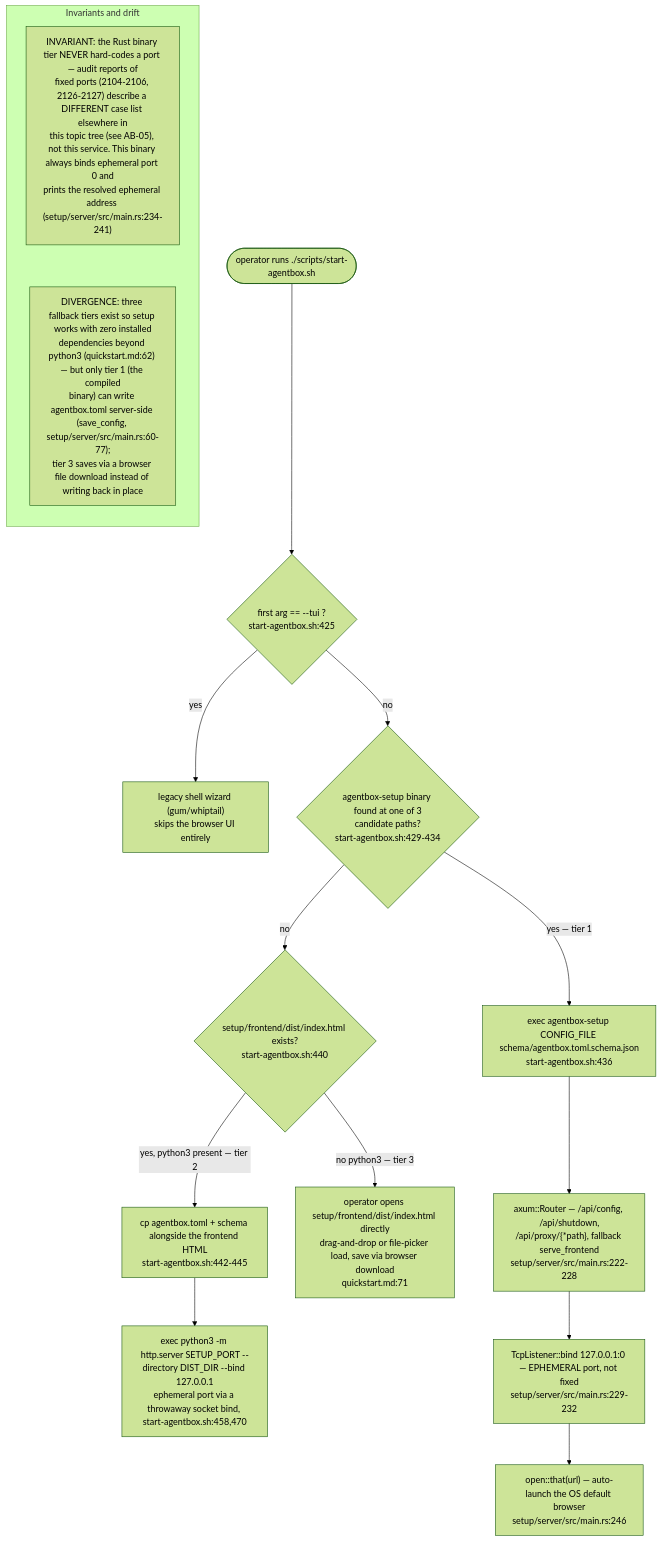
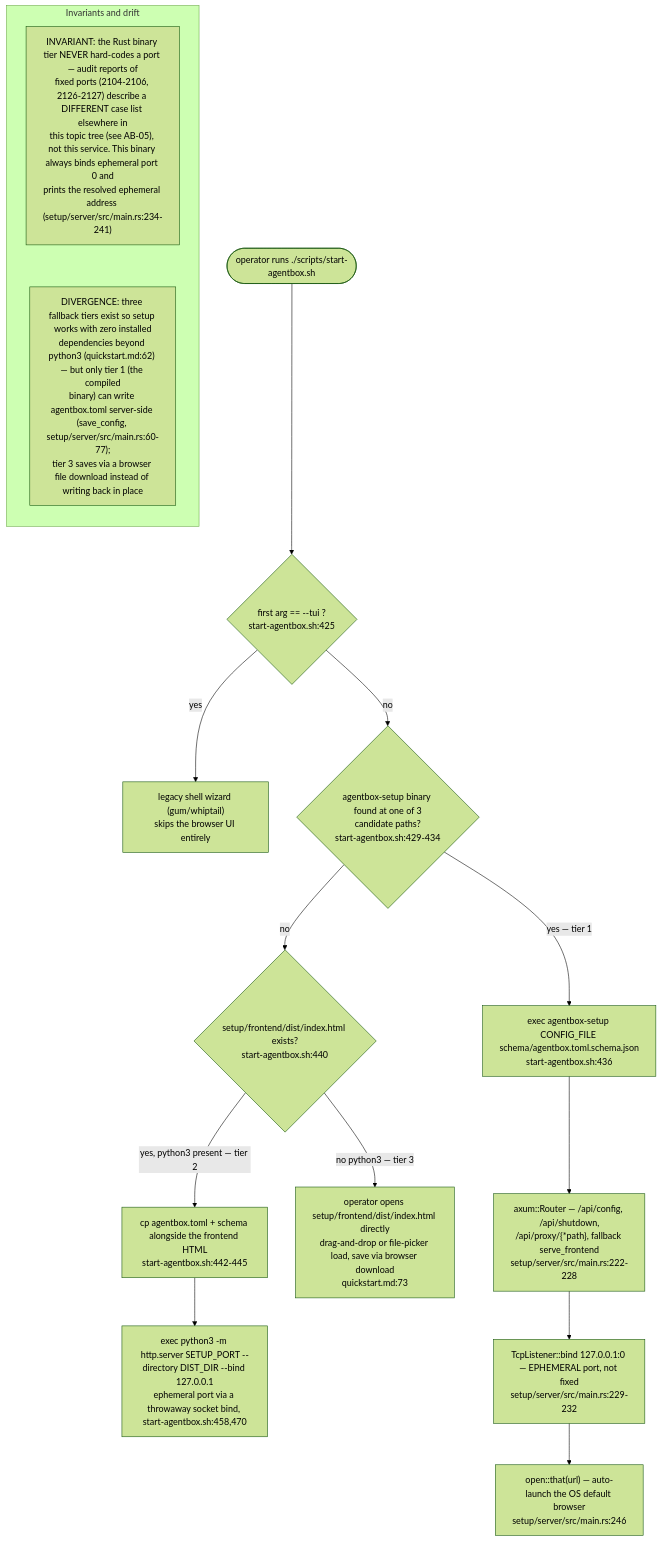
Before and after one commit to DreamLab-AI/VisionFlow: the first of 3 diagrams in docs/diagrams/agentbox/30-supporting-services-secret-backup-setup-https-bridge.md, drawn with Mermaid (forest theme). The commit also changed other lines of this file and 136 other files, not shown here.

First line of the commit message:
docs(diagrams): refresh the whole corpus to code HEAD and prune low-value diagrams

````diff
--- a/docs/diagrams/agentbox/30-supporting-services-secret-backup-setup-https-bridge.md
+++ b/docs/diagrams/agentbox/30-supporting-services-secret-backup-setup-https-bridge.md
@@ -53,20 +26,20 @@
 ```mermaid
 flowchart TD
     START(["operator runs ./scripts/start-agentbox.sh"]) --> TUI{"first arg == --tui ?<br/>start-agentbox.sh:425"}
     TUI -->|yes| LEGACY["legacy shell wizard #40;gum/whiptail#41;<br/>skips the browser UI entirely"]
     TUI -->|no| BINCHECK{"agentbox-setup binary found at one of 3<br/>candidate paths?<br/>start-agentbox.sh:429-434"}
     BINCHECK -->|"yes — tier 1"| EXECBIN["exec agentbox-setup CONFIG_FILE schema/agentbox.toml.schema.json<br/>start-agentbox.sh:436"]
     BINCHECK -->|no| FRONTENDCHECK{"setup/frontend/dist/index.html exists?<br/>start-agentbox.sh:440"}
     FRONTENDCHECK -->|"yes, python3 present — tier 2"| COPYFILES["cp agentbox.toml + schema alongside the frontend HTML<br/>start-agentbox.sh:442-445"]
     COPYFILES --> PYSERVE["exec python3 -m http.server SETUP_PORT --directory DIST_DIR --bind 127.0.0.1<br/>ephemeral port via a throwaway socket bind, start-agentbox.sh:458,470"]
-    FRONTENDCHECK -->|"no python3 — tier 3"| MANUAL["operator opens setup/frontend/dist/index.html directly<br/>drag-and-drop or file-picker load, save via browser download<br/>quickstart.md:71"]
+    FRONTENDCHECK -->|"no python3 — tier 3"| MANUAL["operator opens setup/frontend/dist/index.html directly<br/>drag-and-drop or file-picker load, save via browser download<br/>quickstart.md:73"]
     EXECBIN --> AXUM["axum::Router — /api/config, /api/shutdown,<br/>/api/proxy/#123;*path#125;, fallback serve_frontend<br/>setup/server/src/main.rs:222-228"]
     AXUM --> BIND["TcpListener::bind 127.0.0.1:0 — EPHEMERAL port, not fixed<br/>setup/server/src/main.rs:229-232"]
     BIND --> OPEN["open::that#40;url#41; — auto-launch the OS default browser<br/>setup/server/src/main.rs:246"]
     subgraph notes["Invariants and drift"]
         direction TB
         N1["INVARIANT: the Rust binary tier NEVER hard-codes a port — audit reports of<br/>fixed ports #40;2104-2106, 2126-2127#41; describe a DIFFERENT case list elsewhere in<br/>this topic tree #40;see AB-05#41;, not this service. This binary always binds ephemeral port 0 and<br/>prints the resolved ephemeral address #40;setup/server/src/main.rs:234-241#41;"]
         N2["DIVERGENCE: three fallback tiers exist so setup works with zero installed<br/>dependencies beyond python3 #40;quickstart.md:62#41; — but only tier 1 #40;the compiled<br/>binary#41; can write agentbox.toml server-side #40;save_config, setup/server/src/main.rs:60-77#41;;<br/>tier 3 saves via a browser file download instead of writing back in place"]
         N1 ~~~ N2
     end
 ```
````
